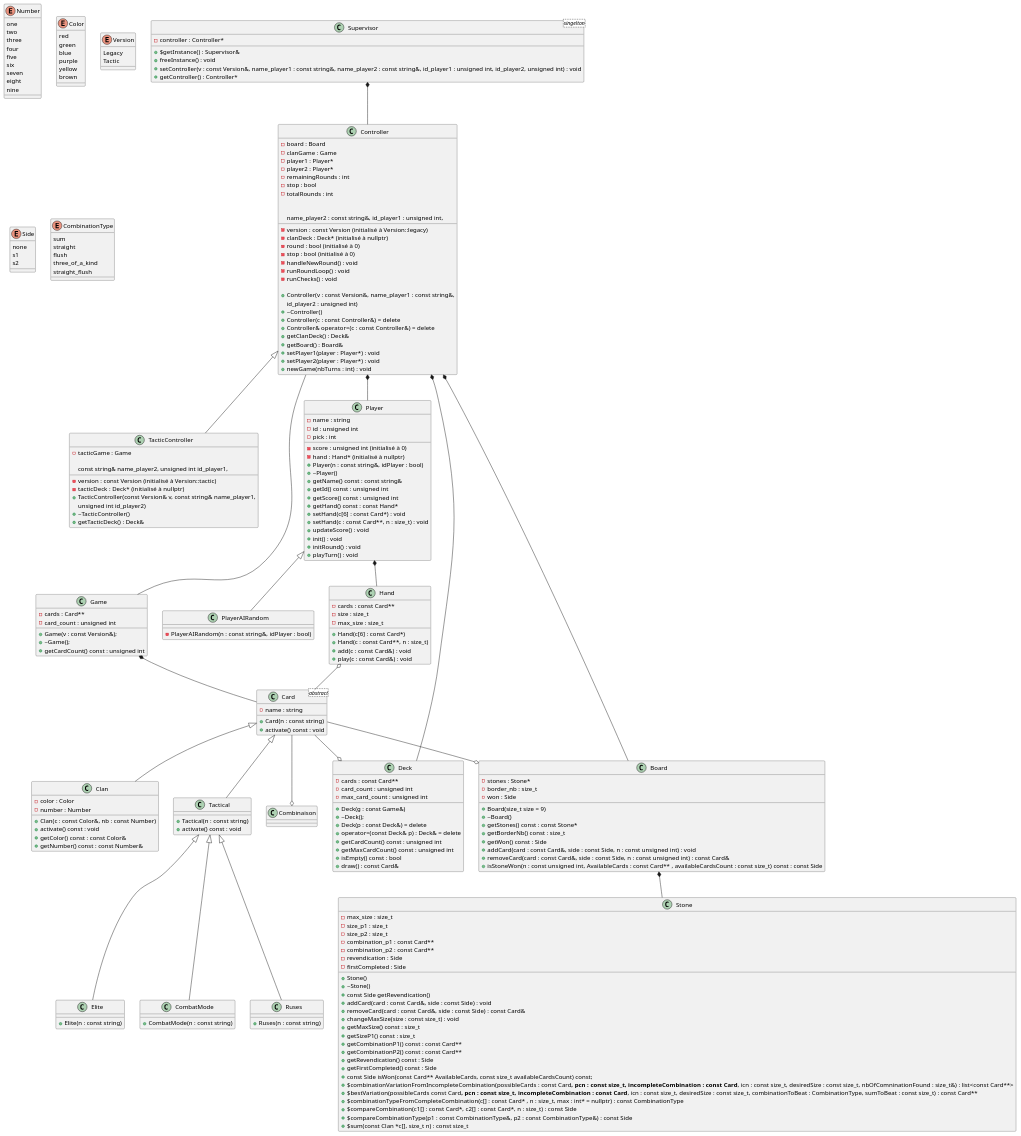
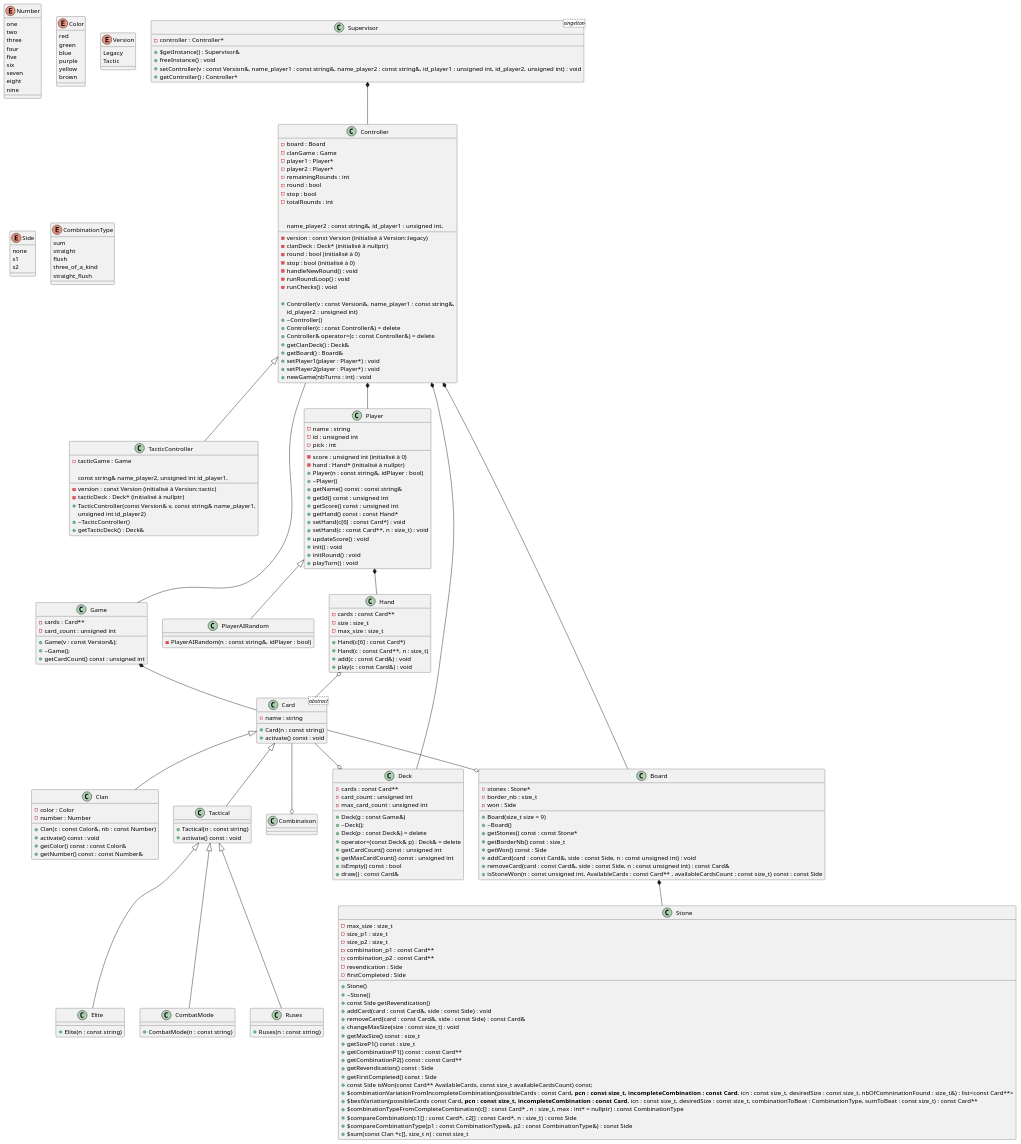
One commit to Ryustiel/LO21-Projet changed the diagram in uml.plantuml. Above: the diagram before and after it, drawn with PlantUML.

```diff
--- a/uml.plantuml
+++ b/uml.plantuml
@@ -62,6 +62,7 @@
 	- round : bool (initialisé à 0)
     - stop : bool (initialisé à 0)
     - remainingRounds : int
+    - round : bool
     - stop : bool
     - totalRounds : int
 
```
